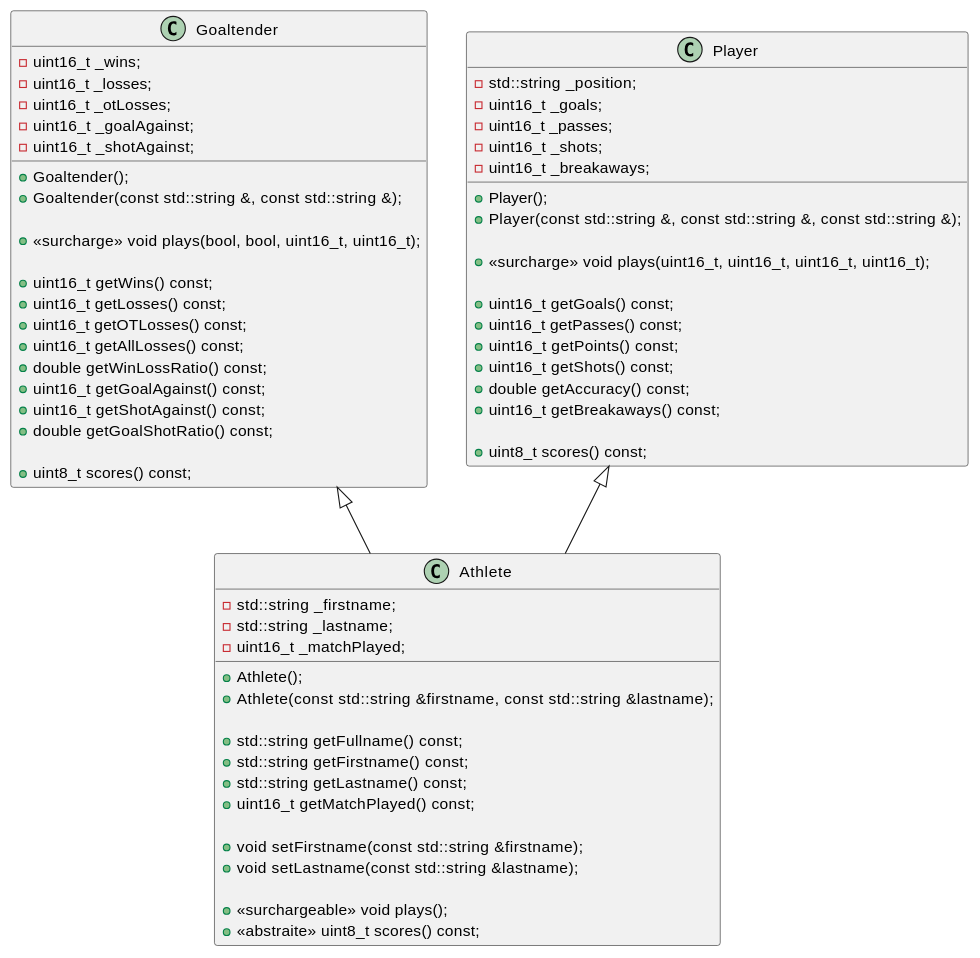
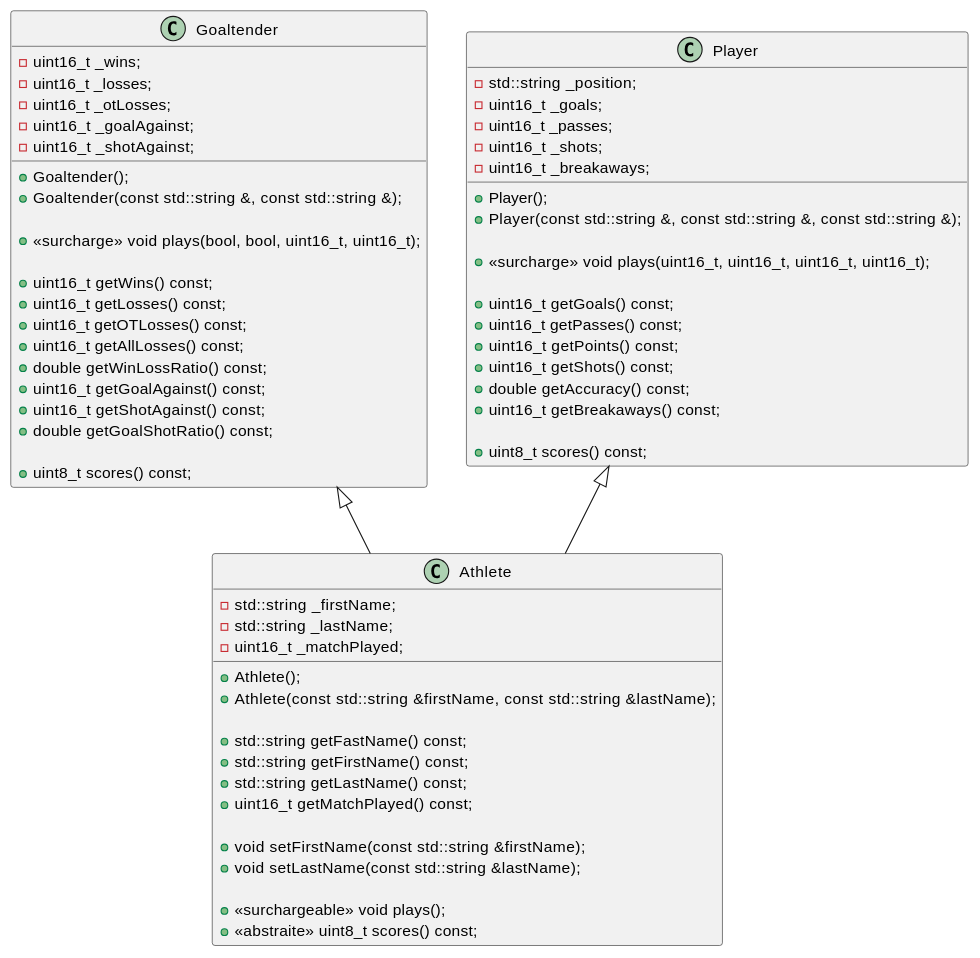
One commit to plbrault/420-SF2-RE changed the diagram in laboratoires/lab05-oop4/consignes/lab05-B.md. Above: the diagram before and after it, drawn with PlantUML. The commit also changed 2 other files, not shown here.

Commit message:
Correction

````diff
--- a/laboratoires/lab05-oop4/consignes/lab05-B.md
+++ b/laboratoires/lab05-oop4/consignes/lab05-B.md
@@ -25,73 +25,73 @@
 ```plantuml
 @startuml
 Goaltender <|-- Athlete
 Player <|-- Athlete
 
 class Athlete {
-    - std::string _firstname;
-    - std::string _lastname;
+    - std::string _firstName;
+    - std::string _lastName;
     - uint16_t _matchPlayed;
 
     + Athlete();
-    + Athlete(const std::string &firstname, const std::string &lastname);
+    + Athlete(const std::string &firstName, const std::string &lastName);
 
-    + std::string getFullname() const;
-    + std::string getFirstname() const;
-    + std::string getLastname() const;
+    + std::string getFastName() const;
+    + std::string getFirstName() const;
+    + std::string getLastName() const;
     + uint16_t getMatchPlayed() const;
 
-    + void setFirstname(const std::string &firstname);
-    + void setLastname(const std::string &lastname);
+    + void setFirstName(const std::string &firstName);
+    + void setLastName(const std::string &lastName);
 
     + <<surchargeable>> void plays();
     + <<abstraite>> uint8_t scores() const;
 }
 
 class Goaltender {
     - uint16_t _wins;
     - uint16_t _losses;
     - uint16_t _otLosses;
     - uint16_t _goalAgainst;
     - uint16_t _shotAgainst;
 
     + Goaltender();
     + Goaltender(const std::string &, const std::string &);
 
     + <<surcharge>> void plays(bool, bool, uint16_t, uint16_t);
 
     + uint16_t getWins() const;
     + uint16_t getLosses() const;
     + uint16_t getOTLosses() const;
     + uint16_t getAllLosses() const;
     + double getWinLossRatio() const;
     + uint16_t getGoalAgainst() const;
     + uint16_t getShotAgainst() const;
     + double getGoalShotRatio() const;
 
     + uint8_t scores() const;
 }
 
 class Player {
     - std::string _position;
     - uint16_t _goals;
     - uint16_t _passes;
     - uint16_t _shots;
     - uint16_t _breakaways;
 
     + Player();
     + Player(const std::string &, const std::string &, const std::string &);
 
     + <<surcharge>> void plays(uint16_t, uint16_t, uint16_t, uint16_t);
 
     + uint16_t getGoals() const;
     + uint16_t getPasses() const;
     + uint16_t getPoints() const;
     + uint16_t getShots() const;
     + double getAccuracy() const;
     + uint16_t getBreakaways() const;
 
     + uint8_t scores() const;
 }
 
 @enduml
 ```
````
